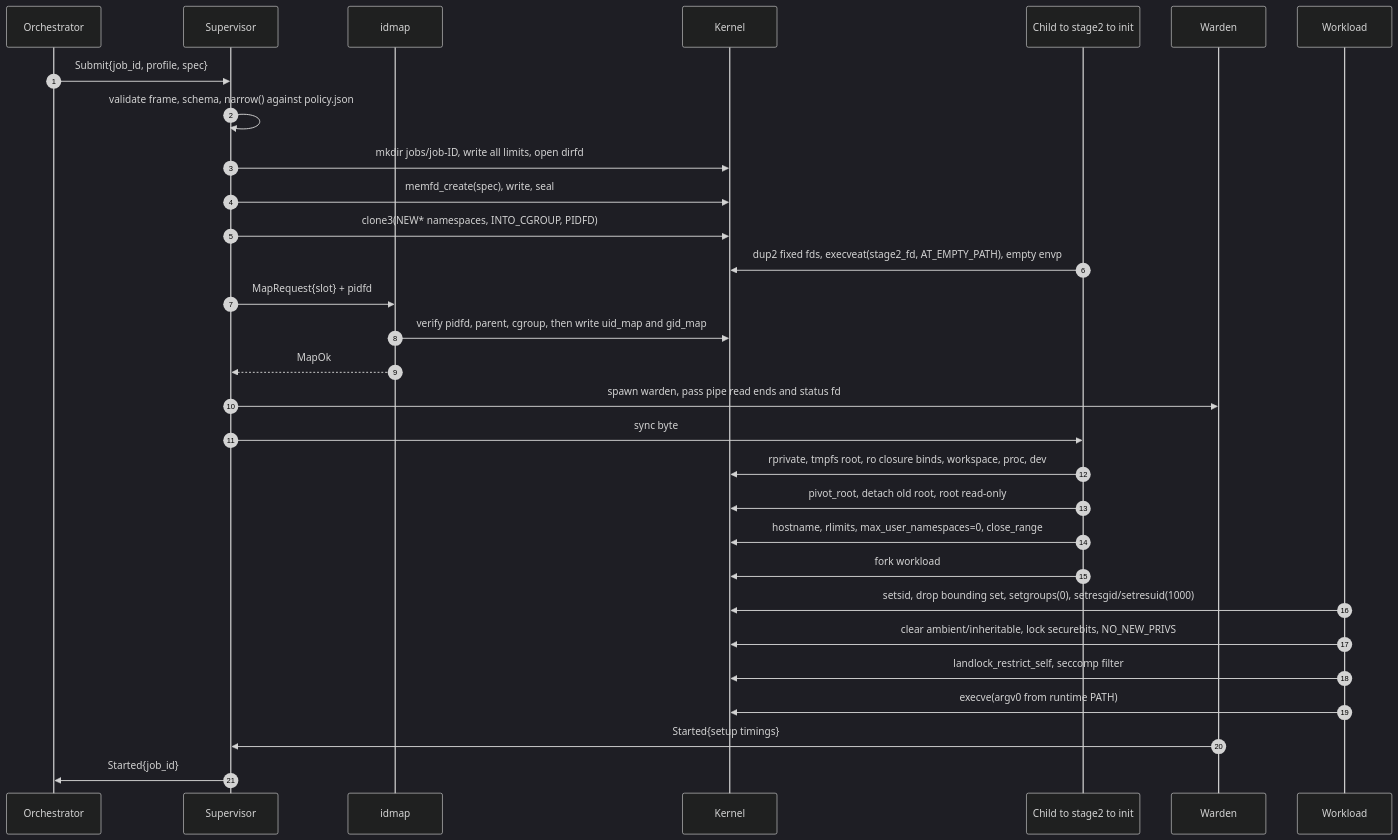
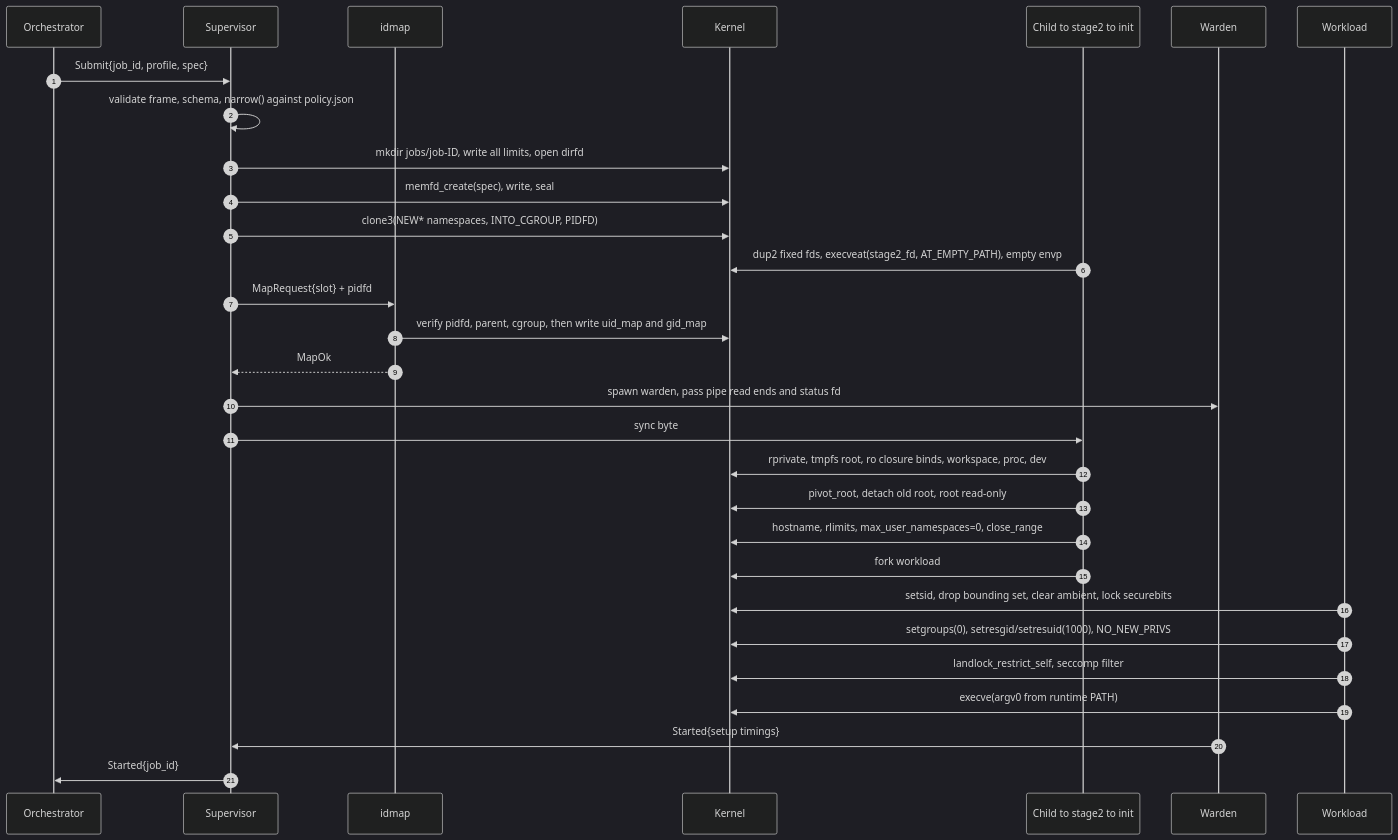
The second of 3 diagrams in docs/design.md (rtacconi/nix-llm), drawn with Mermaid (dark theme) before and after one commit. The commit also changed other lines of this file and 6 other files, not shown here.

````diff
--- a/docs/design.md
+++ b/docs/design.md
@@ -308,33 +308,33 @@
 ```mermaid
 sequenceDiagram
     autonumber
     participant O as Orchestrator
     participant S as Supervisor
     participant I as idmap
     participant K as Kernel
     participant C as Child to stage2 to init
     participant D as Warden
     participant W as Workload
 
     O->>S: Submit{job_id, profile, spec}
     S->>S: validate frame, schema, narrow() against policy.json
     S->>K: mkdir jobs/job-ID, write all limits, open dirfd
     S->>K: memfd_create(spec), write, seal
     S->>K: clone3(NEW* namespaces, INTO_CGROUP, PIDFD)
     C->>K: dup2 fixed fds, execveat(stage2_fd, AT_EMPTY_PATH), empty envp
     S->>I: MapRequest{slot} + pidfd
     I->>K: verify pidfd, parent, cgroup, then write uid_map and gid_map
     I-->>S: MapOk
     S->>D: spawn warden, pass pipe read ends and status fd
     S->>C: sync byte
     C->>K: rprivate, tmpfs root, ro closure binds, workspace, proc, dev
     C->>K: pivot_root, detach old root, root read-only
     C->>K: hostname, rlimits, max_user_namespaces=0, close_range
     C->>K: fork workload
-    W->>K: setsid, drop bounding set, setgroups(0), setresgid/setresuid(1000)
-    W->>K: clear ambient/inheritable, lock securebits, NO_NEW_PRIVS
+    W->>K: setsid, drop bounding set, clear ambient, lock securebits
+    W->>K: setgroups(0), setresgid/setresuid(1000), NO_NEW_PRIVS
     W->>K: landlock_restrict_self, seccomp filter
     W->>K: execve(argv0 from runtime PATH)
     D->>S: Started{setup timings}
     S->>O: Started{job_id}
 ```
````
